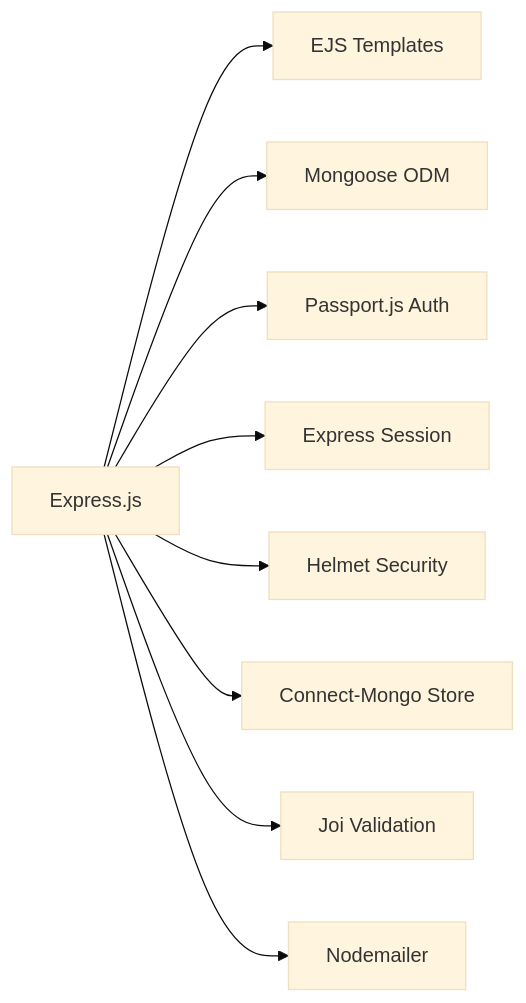
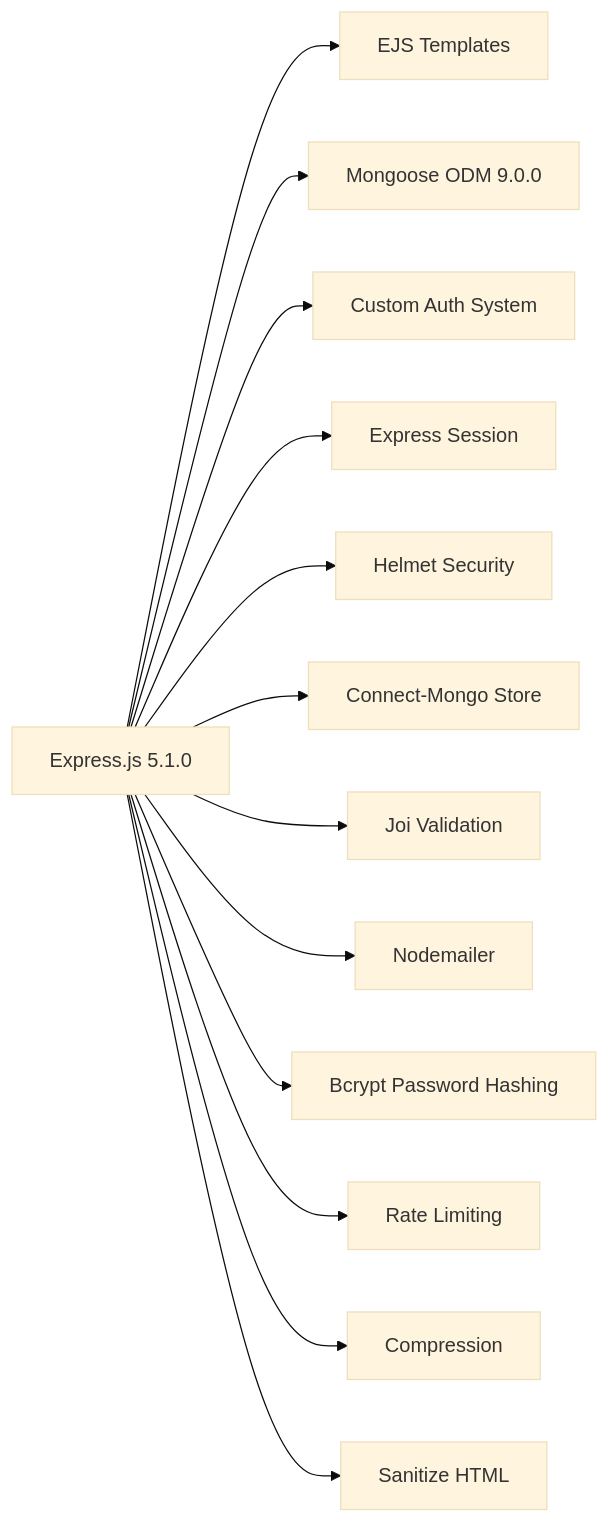
Before and after one commit to hutchybop/app-slapp: the third of 8 diagrams in docs/ARCHITECTURE_REFERENCE.md, drawn with Mermaid (base theme). The commit also changed other lines of this file and 11 other files, not shown here.

Commit message:
update passport to bcrypt

````diff
--- a/docs/ARCHITECTURE_REFERENCE.md
+++ b/docs/ARCHITECTURE_REFERENCE.md
@@ -237,11 +408,15 @@
 ```mermaid
 graph LR
-    A[Express.js] --> B[EJS Templates]
-    A --> C[Mongoose ODM]
-    A --> D[Passport.js Auth]
+    A[Express.js 5.1.0] --> B[EJS Templates]
+    A --> C[Mongoose ODM 9.0.0]
+    A --> D[Custom Auth System]
     A --> E[Express Session]
     A --> F[Helmet Security]
     A --> G[Connect-Mongo Store]
     A --> H[Joi Validation]
     A --> I[Nodemailer]
+    A --> J[Bcrypt Password Hashing]
+    A --> K[Rate Limiting]
+    A --> L[Compression]
+    A --> M[Sanitize HTML]
 ```
````
